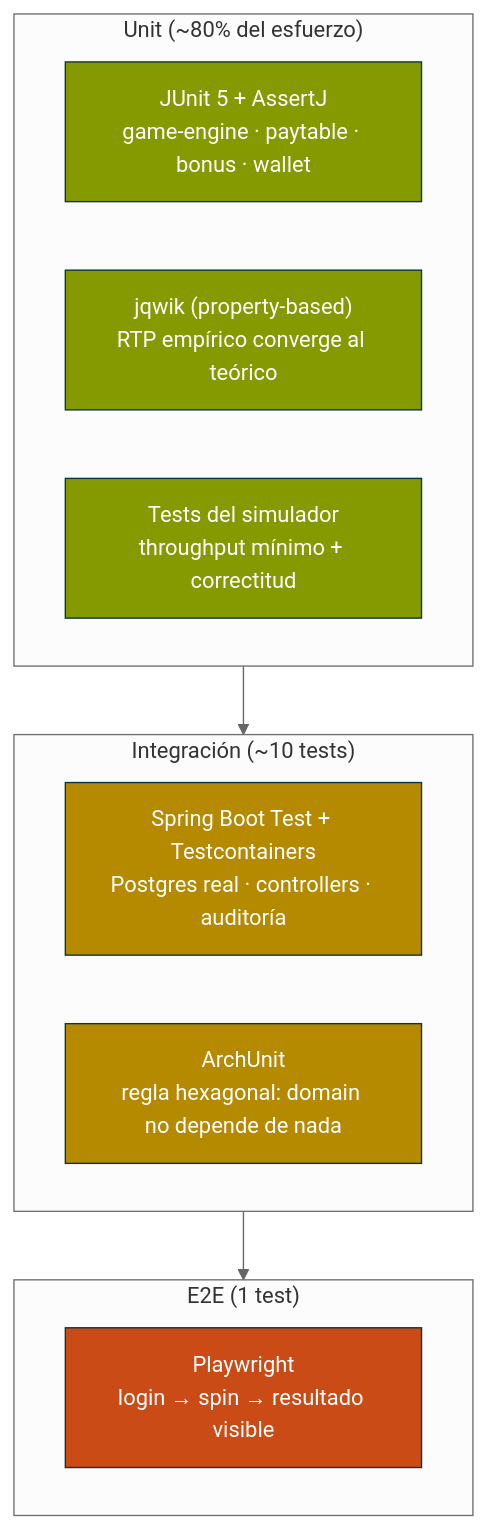
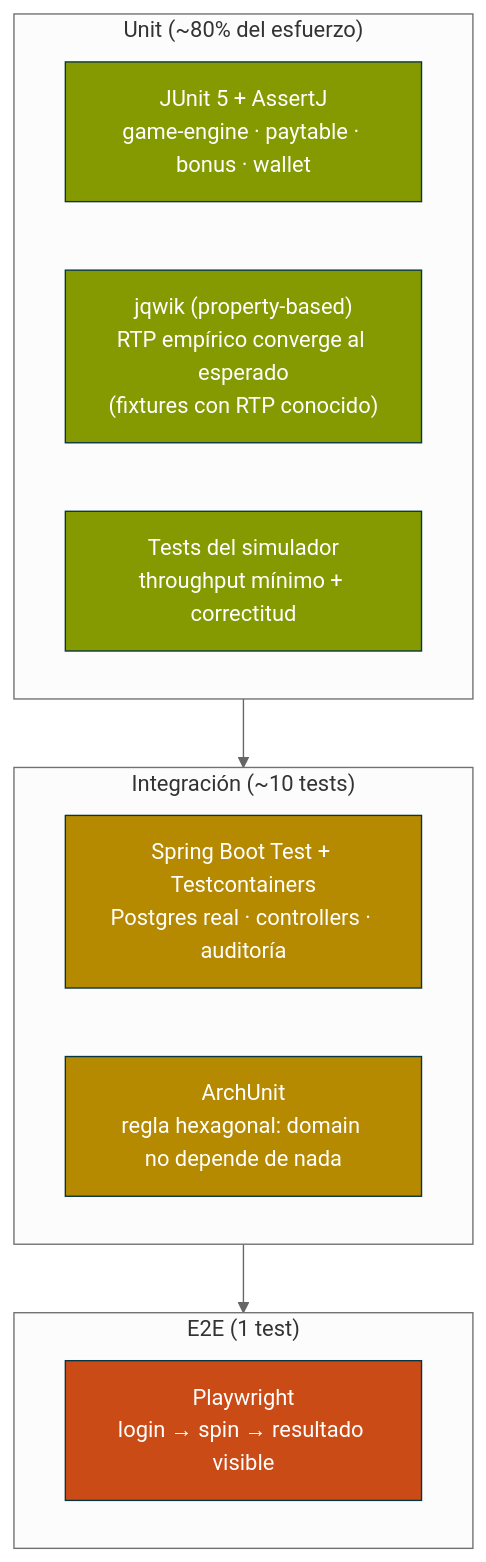
Before and after one commit to jordipochvall/AI4Devs-finalproject: the tenth of 12 diagrams in readme.md, drawn with Mermaid (neutral theme). The commit also changed other lines of this file and 7 other files, not shown here.

````diff
--- a/readme.md
+++ b/readme.md
@@ -933,23 +977,23 @@
 ```mermaid
 flowchart TB
     subgraph Top["E2E (1 test)"]
         E2E["Playwright<br/>login → spin → resultado visible"]
     end
     subgraph Mid["Integración (~10 tests)"]
         IT["Spring Boot Test + Testcontainers<br/>Postgres real · controllers · auditoría"]
         ARCH["ArchUnit<br/>regla hexagonal: domain no depende de nada"]
     end
     subgraph Bot["Unit (~80% del esfuerzo)"]
         U_DOM["JUnit 5 + AssertJ<br/>game-engine · paytable · bonus · wallet"]
-        U_PROP["jqwik (property-based)<br/>RTP empírico converge al teórico"]
+        U_PROP["jqwik (property-based)<br/>RTP empírico converge al esperado<br/>(fixtures con RTP conocido)"]
         U_SIM["Tests del simulador<br/>throughput mínimo + correctitud"]
     end
 
     Bot --> Mid --> Top
     classDef bot fill:#859900,stroke:#073642,color:#fff
     classDef mid fill:#b58900,stroke:#073642,color:#fff
     classDef top fill:#cb4b16,stroke:#073642,color:#fff
     class U_DOM,U_PROP,U_SIM bot
     class IT,ARCH mid
     class E2E top
 ```
````
